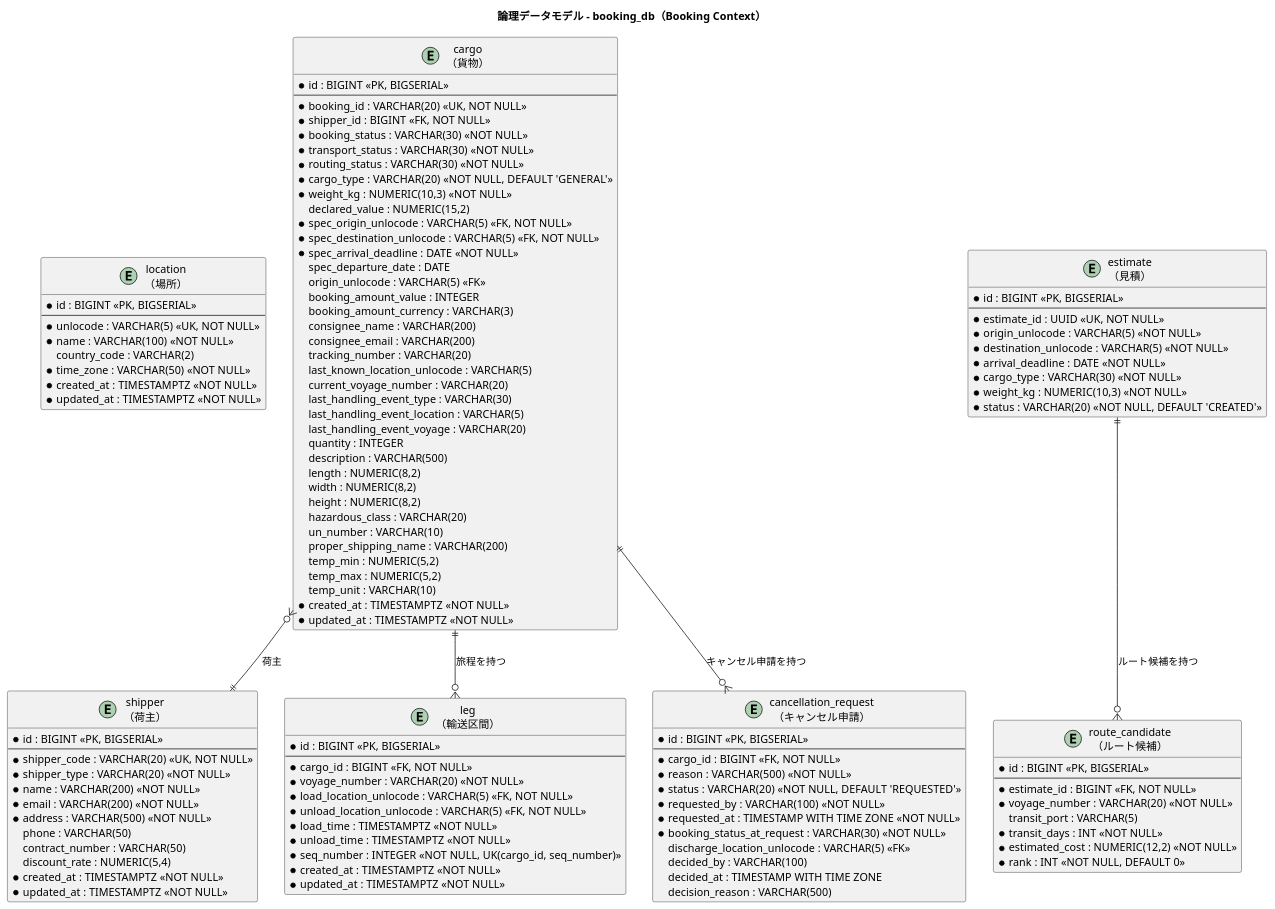
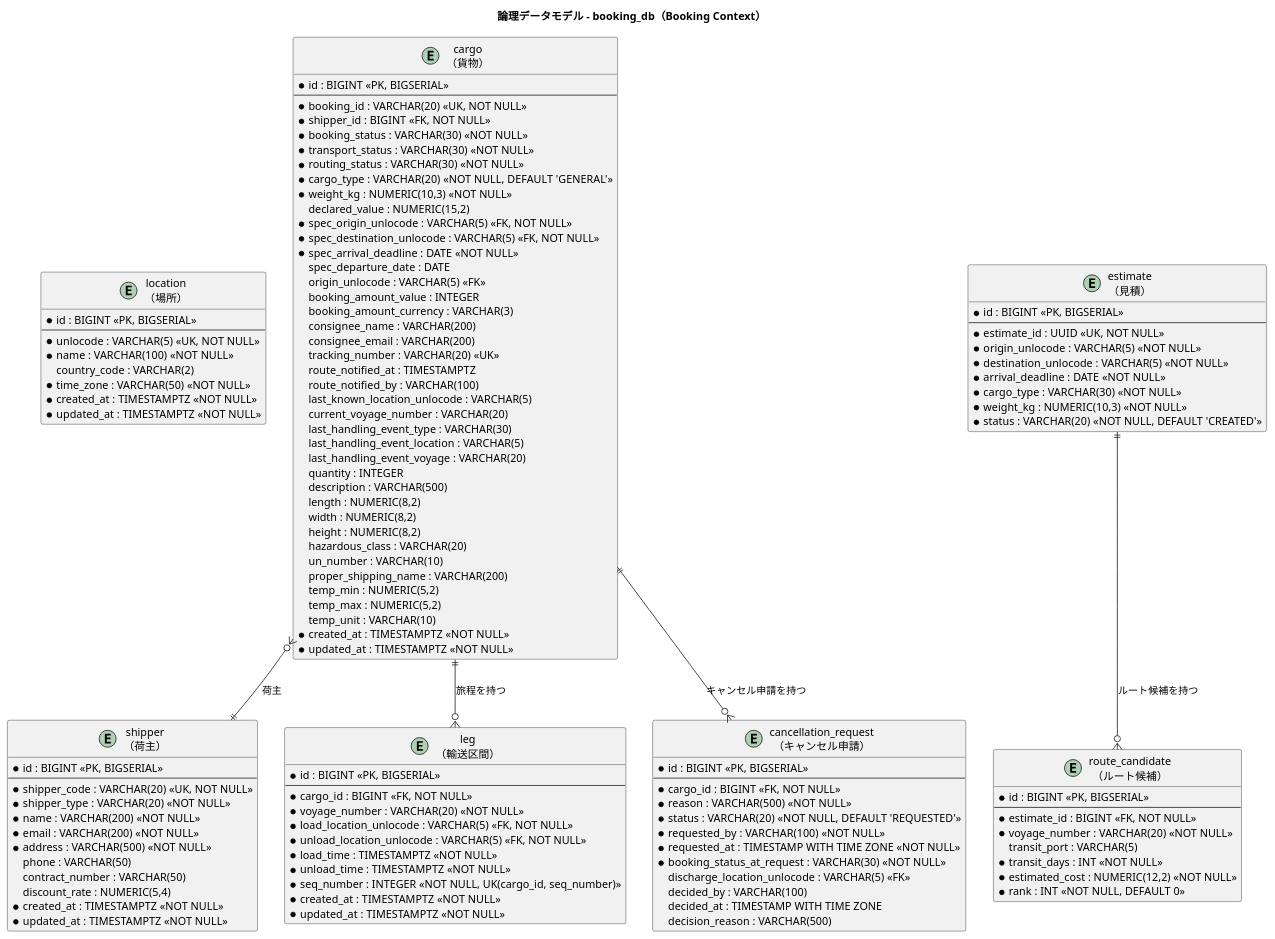
Before and after one commit to k2works/case-study-cargo-tracker: the third of 7 diagrams in docs/design/data-model.md, drawn with PlantUML. The commit also changed 3 other files, not shown here.

```diff
--- a/docs/design/data-model.md
+++ b/docs/design/data-model.md
@@ -424,7 +424,9 @@
   booking_amount_currency : VARCHAR(3)
   consignee_name : VARCHAR(200)
   consignee_email : VARCHAR(200)
-  tracking_number : VARCHAR(20)
+  tracking_number : VARCHAR(20) <<UK>>
+  route_notified_at : TIMESTAMPTZ
+  route_notified_by : VARCHAR(100)
   last_known_location_unlocode : VARCHAR(5)
   current_voyage_number : VARCHAR(20)
   last_handling_event_type : VARCHAR(30)
```
